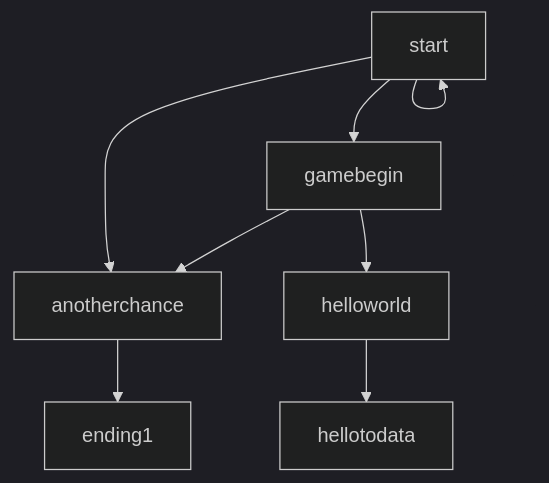
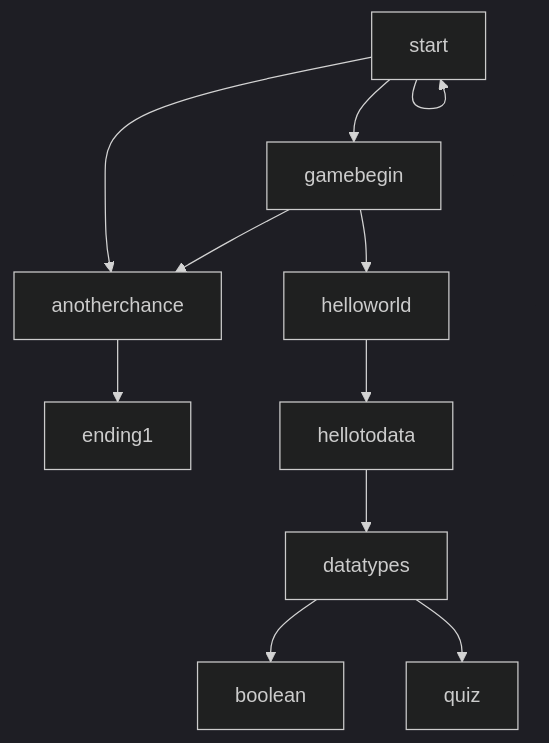
The diagram in README.md (rgbhsl/studious-chainsaw), drawn with Mermaid (dark theme) before and after one commit. The commit also changed 1 other file, not shown here.

Commit message:
beganworking on quiz, fixed structure in readme

````diff
--- a/README.md
+++ b/README.md
@@ -53,9 +53,11 @@
 ```mermaid
 graph
 start --> anotherchance & gamebegin & start
 anotherchance --> ending1
 gamebegin --> anotherchance & helloworld
 helloworld --> hellotodata
+hellotodata --> datatypes
+datatypes --> boolean & quiz
 
 
 ```
````
